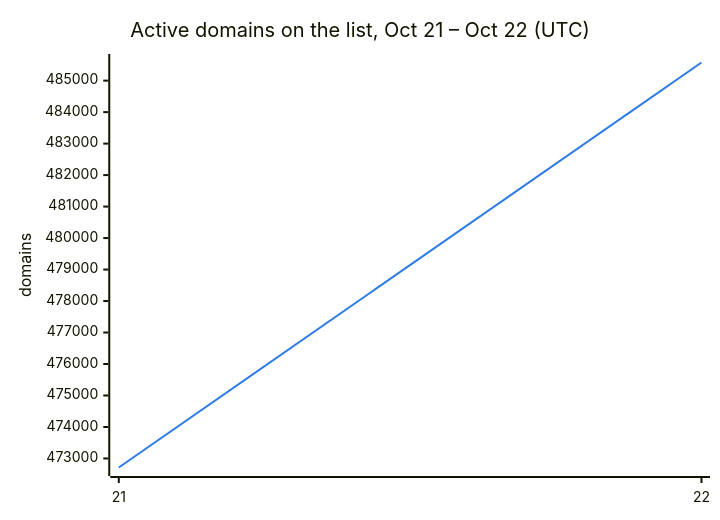
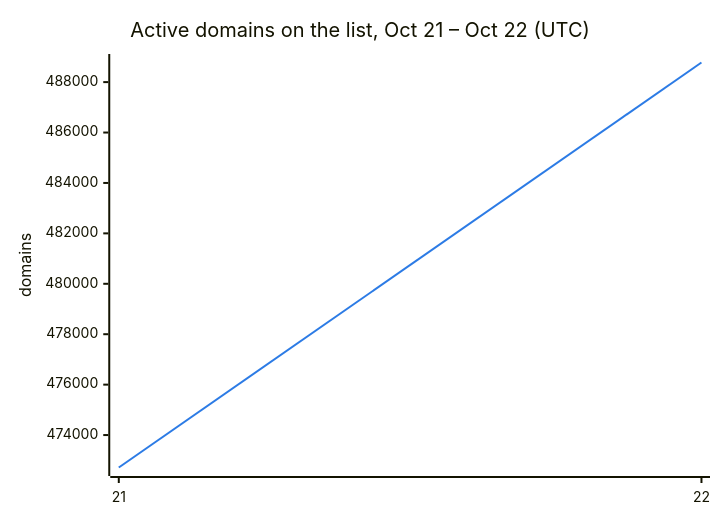
Before and after one commit to DNSBunker/CTI: the second of 3 diagrams in README.md, drawn with Mermaid. The commit also changed other lines of this file and 3 other files, not shown here.

````diff
--- a/README.md
+++ b/README.md
@@ -38,8 +38,8 @@
 ```mermaid
 %%{init: {"themeVariables": {"xyChart": {"plotColorPalette": "#2c7be5"}}}}%%
 xychart-beta
     title "Active domains on the list, Oct 21 – Oct 22 (UTC)"
     x-axis ["21", "22"]
     y-axis "domains"
-    line [472713, 485576]
+    line [472713, 488778]
 ```
````
